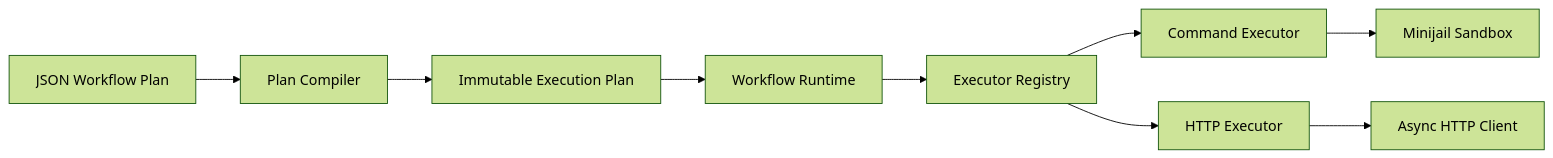
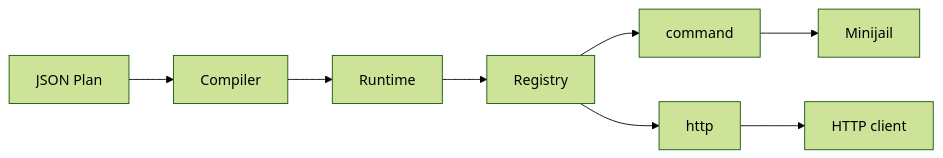
One commit to CHAK-MING/taskmaster changed the diagram in README.md. Above: the diagram before and after it, drawn with Mermaid (forest theme). The commit also changed other lines of this file and 229 other files, not shown here.

First line of the commit message:
feat(workflow)!: harden runtime and storage

````diff
--- a/README.md
+++ b/README.md
@@ -113,11 +67,10 @@
 ```mermaid
 flowchart LR
-    Plan[JSON Workflow Plan] --> Compiler[Plan Compiler]
-    Compiler --> Execution[Immutable Execution Plan]
-    Execution --> Runtime[Workflow Runtime]
-    Runtime --> Registry[Executor Registry]
-    Registry --> Command[Command Executor]
-    Registry --> HTTP[HTTP Executor]
-    Command --> Sandbox[Minijail Sandbox]
-    HTTP --> Client[Async HTTP Client]
+  Plan[JSON Plan] --> Compiler[Compiler]
+  Compiler --> Runtime[Runtime]
+  Runtime --> Registry[Registry]
+  Registry --> Command[command]
+  Registry --> HTTP[http]
+  Command --> Sandbox[Minijail]
+  HTTP --> Client[HTTP client]
 ```
````
